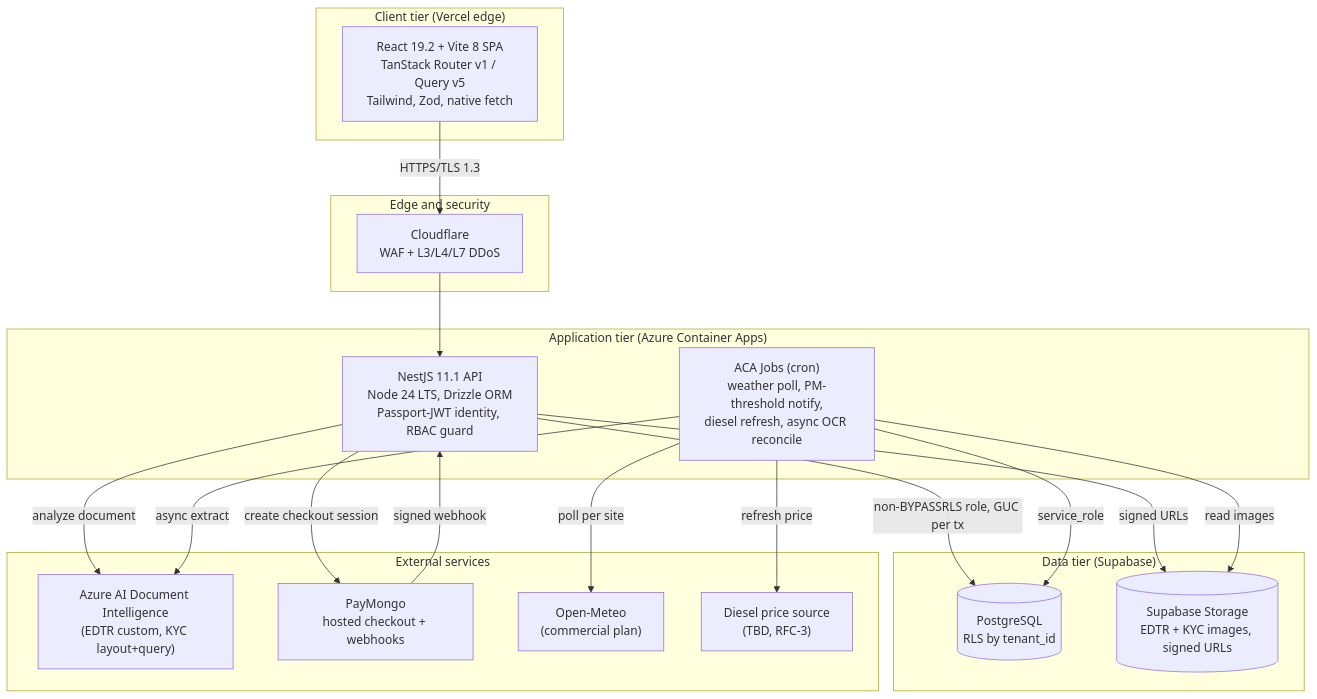
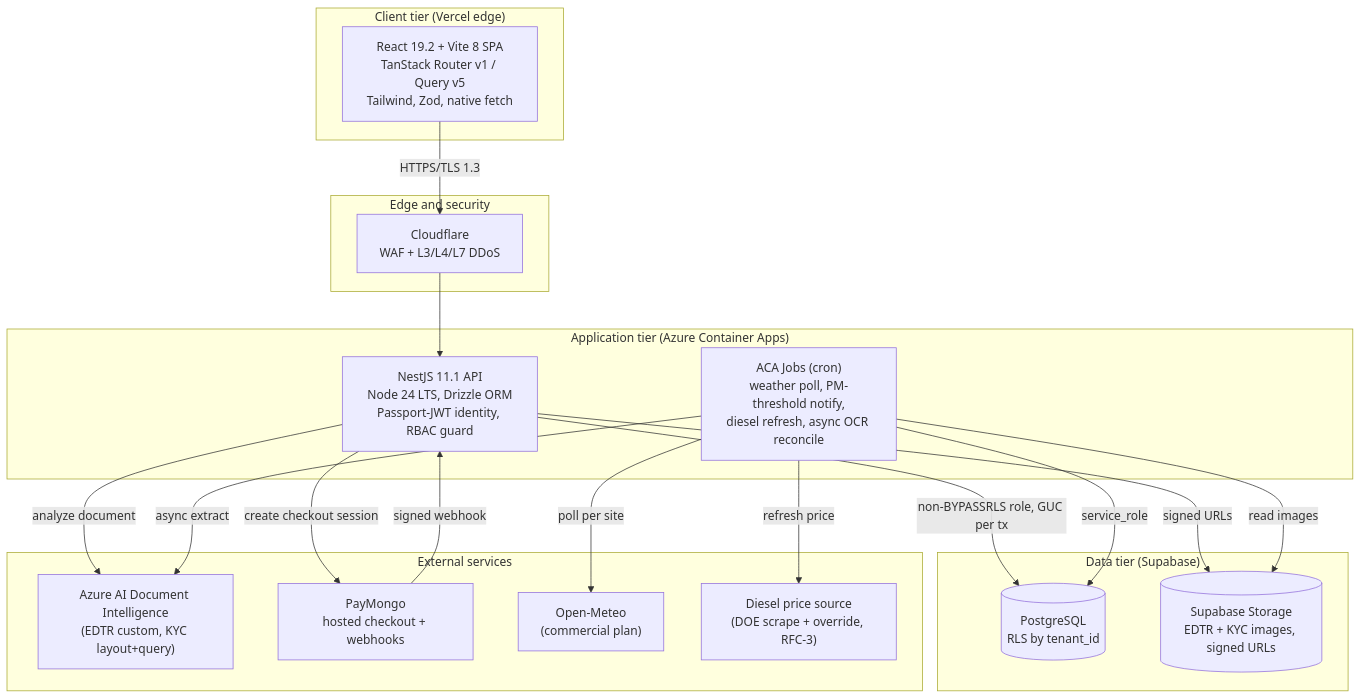
One commit to r0undy/arkilaunch changed the first of 4 diagrams in docs/sdd-arkilaunch.md. Above: the diagram before and after it, drawn with Mermaid. The commit also changed other lines of this file and 31 other files, not shown here.

````diff
--- a/docs/sdd-arkilaunch.md
+++ b/docs/sdd-arkilaunch.md
@@ -40,36 +40,36 @@
 ```mermaid
 graph TD
     subgraph ClientTier["Client tier (Vercel edge)"]
         FE["React 19.2 + Vite 8 SPA<br/>TanStack Router v1 / Query v5<br/>Tailwind, Zod, native fetch"]
     end
     subgraph EdgeTier["Edge and security"]
         CF["Cloudflare<br/>WAF + L3/L4/L7 DDoS"]
     end
     subgraph AppTier["Application tier (Azure Container Apps)"]
         NEST["NestJS 11.1 API<br/>Node 24 LTS, Drizzle ORM<br/>Passport-JWT identity, RBAC guard"]
         JOBS["ACA Jobs (cron)<br/>weather poll, PM-threshold notify,<br/>diesel refresh, async OCR reconcile"]
     end
     subgraph DataTier["Data tier (Supabase)"]
         PG[("PostgreSQL<br/>RLS by tenant_id")]
         ST[("Supabase Storage<br/>EDTR + KYC images, signed URLs")]
     end
     subgraph ExtTier["External services"]
         DI["Azure AI Document Intelligence<br/>(EDTR custom, KYC layout+query)"]
         PM["PayMongo<br/>hosted checkout + webhooks"]
         OM["Open-Meteo<br/>(commercial plan)"]
-        DZL["Diesel price source<br/>(TBD, RFC-3)"]
+        DZL["Diesel price source<br/>(DOE scrape + override, RFC-3)"]
     end
 
     FE -->|HTTPS/TLS 1.3| CF
     CF --> NEST
     NEST -->|non-BYPASSRLS role, GUC per tx| PG
     NEST -->|signed URLs| ST
     NEST -->|analyze document| DI
     NEST -->|create checkout session| PM
     PM -->|signed webhook| NEST
     JOBS -->|service_role| PG
     JOBS -->|poll per site| OM
     JOBS -->|refresh price| DZL
     JOBS -->|async extract| DI
     JOBS -->|read images| ST
 ```
````
